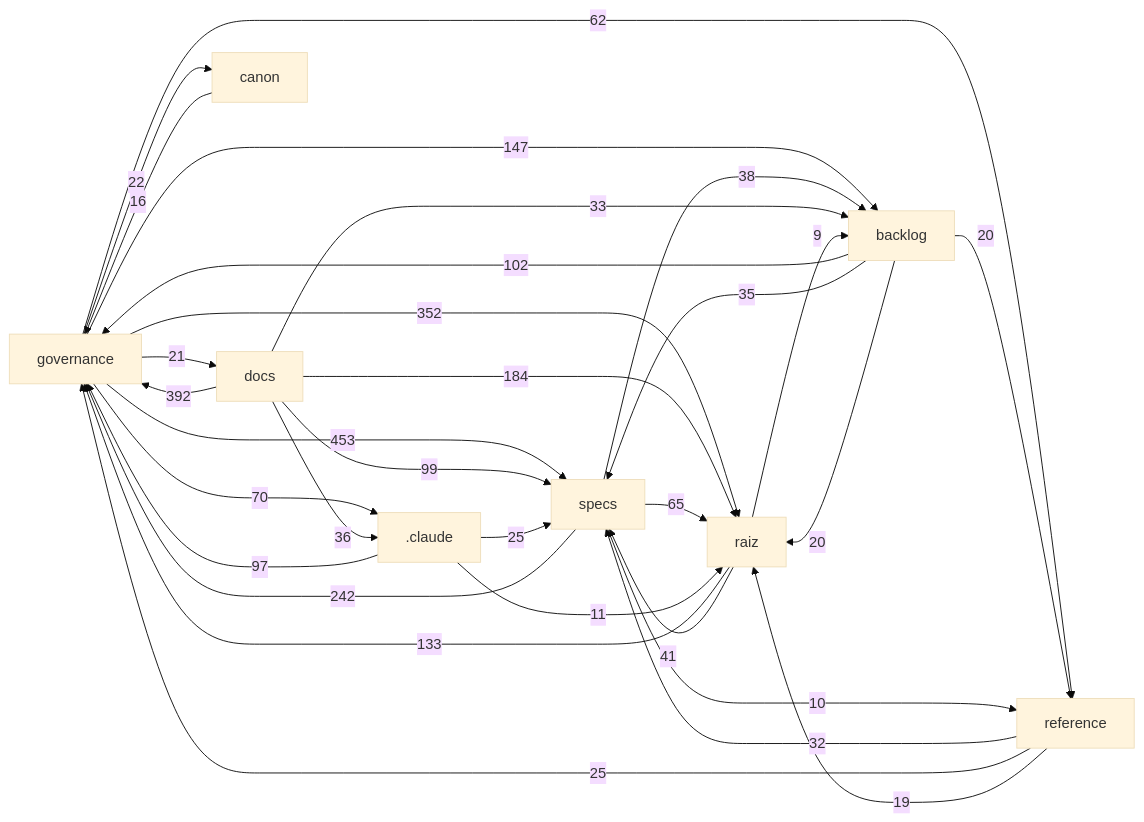
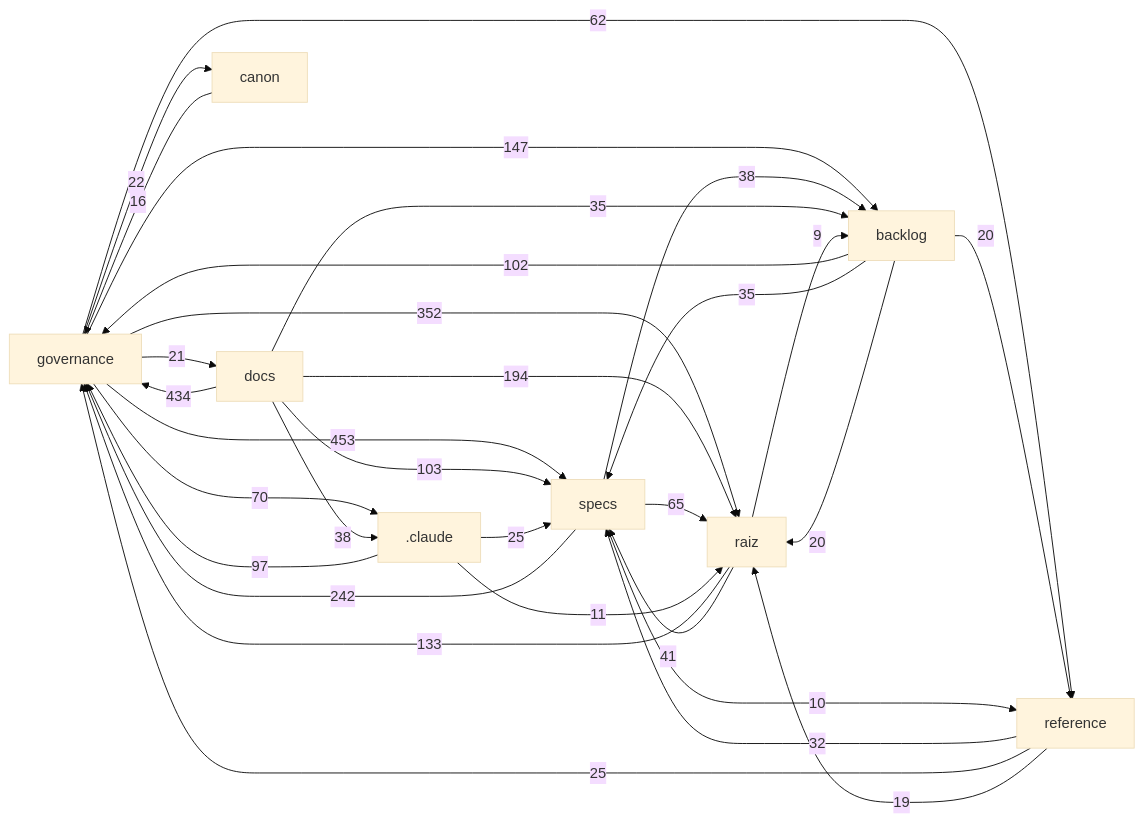
One commit to Andraus35/Sistema-Operacional-de-Trading--SOT changed the diagram in docs/mapa/MAPA-PROJETO.md. Above: the diagram before and after it, drawn with Mermaid (base theme). The commit also changed other lines of this file and 4 other files, not shown here.

````diff
--- a/docs/mapa/MAPA-PROJETO.md
+++ b/docs/mapa/MAPA-PROJETO.md
@@ -29,33 +29,33 @@
 ```mermaid
 flowchart LR
   governance["governance"] -->|453| specs["specs"]
-  docs["docs"] -->|392| governance["governance"]
+  docs["docs"] -->|434| governance["governance"]
   governance["governance"] -->|352| raiz["raiz"]
   specs["specs"] -->|242| governance["governance"]
-  docs["docs"] -->|184| raiz["raiz"]
+  docs["docs"] -->|194| raiz["raiz"]
   governance["governance"] -->|147| backlog["backlog"]
   raiz["raiz"] -->|133| governance["governance"]
+  docs["docs"] -->|103| specs["specs"]
   backlog["backlog"] -->|102| governance["governance"]
-  docs["docs"] -->|99| specs["specs"]
   _claude[".claude"] -->|97| governance["governance"]
   governance["governance"] -->|70| _claude[".claude"]
   specs["specs"] -->|65| raiz["raiz"]
   governance["governance"] -->|62| reference["reference"]
   raiz["raiz"] -->|41| specs["specs"]
+  docs["docs"] -->|38| _claude[".claude"]
   specs["specs"] -->|38| backlog["backlog"]
-  docs["docs"] -->|36| _claude[".claude"]
   backlog["backlog"] -->|35| specs["specs"]
-  docs["docs"] -->|33| backlog["backlog"]
+  docs["docs"] -->|35| backlog["backlog"]
   reference["reference"] -->|32| specs["specs"]
   _claude[".claude"] -->|25| specs["specs"]
   reference["reference"] -->|25| governance["governance"]
   governance["governance"] -->|22| canon["canon"]
   governance["governance"] -->|21| docs["docs"]
   backlog["backlog"] -->|20| raiz["raiz"]
   backlog["backlog"] -->|20| reference["reference"]
   reference["reference"] -->|19| raiz["raiz"]
   canon["canon"] -->|16| governance["governance"]
   _claude[".claude"] -->|11| raiz["raiz"]
   specs["specs"] -->|10| reference["reference"]
   raiz["raiz"] -->|9| backlog["backlog"]
 ```
````
